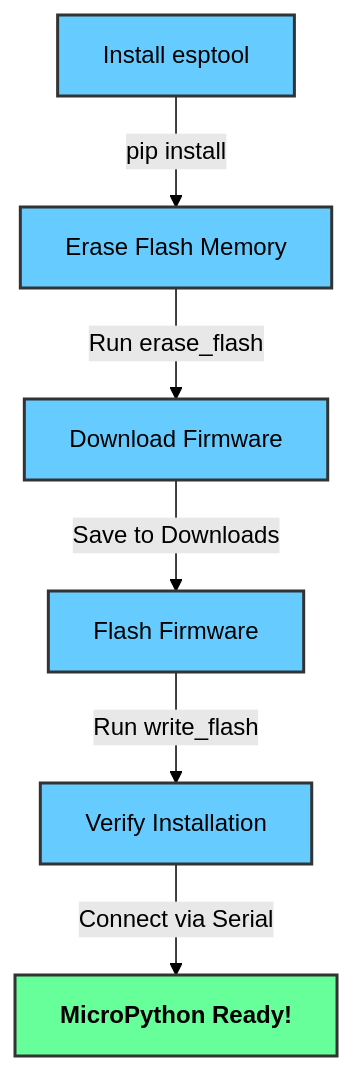
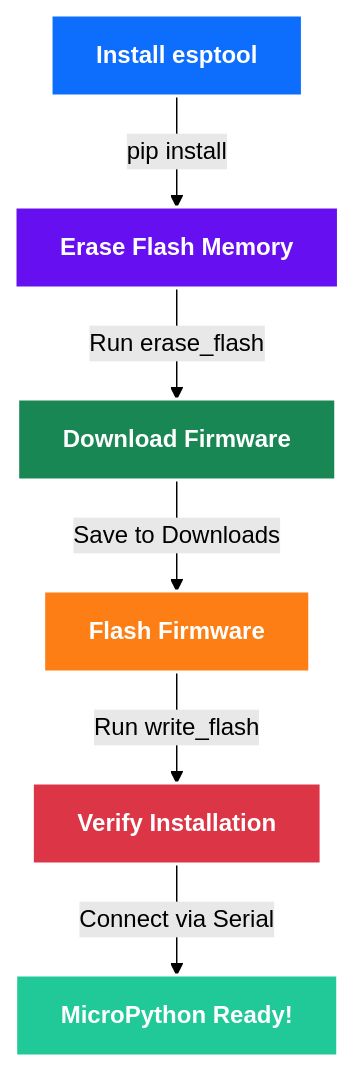
One commit to hasankadirdemircan/esp-8266-py-codes changed the diagram in README.md. Above: the diagram before and after it, drawn with Mermaid (forest theme).

````diff
--- a/README.md
+++ b/README.md
@@ -59,15 +59,15 @@
 ```mermaid
 graph TD;
     A[Install esptool] -->|pip install| B[Erase Flash Memory];
     B -->|Run erase_flash| C[Download Firmware];
     C -->|Save to Downloads| D[Flash Firmware];
     D -->|Run write_flash| E[Verify Installation];
     E -->|Connect via Serial| F[MicroPython Ready!];
 
-    style A fill:#66ccff,stroke:#333,stroke-width:2px;
-    style B fill:#66ccff,stroke:#333,stroke-width:2px;
-    style C fill:#66ccff,stroke:#333,stroke-width:2px;
-    style D fill:#66ccff,stroke:#333,stroke-width:2px;
-    style E fill:#66ccff,stroke:#333,stroke-width:2px;
-    style F fill:#66ff99,stroke:#333,stroke-width:2px,font-weight:bold;
+    style A fill:#0d6efd,stroke:#ffffff,stroke-width:2px,color:#ffffff,font-weight:bold;
+    style B fill:#6610f2,stroke:#ffffff,stroke-width:2px,color:#ffffff,font-weight:bold;
+    style C fill:#198754,stroke:#ffffff,stroke-width:2px,color:#ffffff,font-weight:bold;
+    style D fill:#fd7e14,stroke:#ffffff,stroke-width:2px,color:#ffffff,font-weight:bold;
+    style E fill:#dc3545,stroke:#ffffff,stroke-width:2px,color:#ffffff,font-weight:bold;
+    style F fill:#20c997,stroke:#ffffff,stroke-width:2px,color:#ffffff,font-weight:bold;
 ```
````
